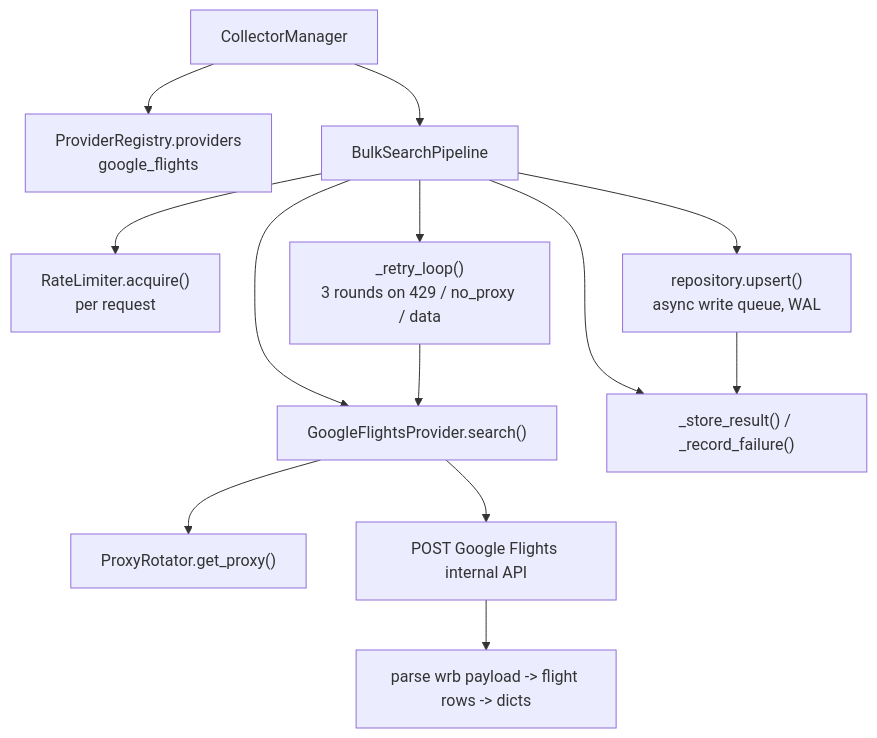
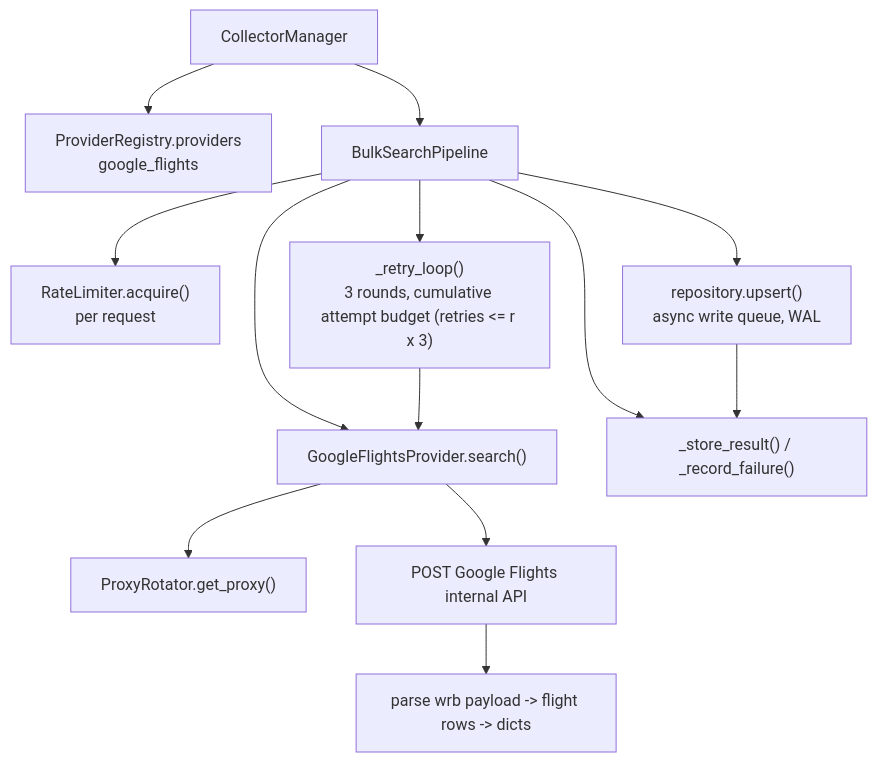
Before and after one commit to notlega/flight-price-observatory: the diagram in docs/architecture.md, drawn with Mermaid. The commit also changed other lines of this file and 4 other files, not shown here.

````diff
--- a/docs/architecture.md
+++ b/docs/architecture.md
@@ -20,21 +20,21 @@
 ```mermaid
 flowchart TD
     CM["CollectorManager"]
     REG["ProviderRegistry.providers<br/>google_flights"]
     PIPE["BulkSearchPipeline"]
 
     CM --> REG
     CM --> PIPE
     PIPE --> G["GoogleFlightsProvider.search()"]
     G --> ROT["ProxyRotator.get_proxy()"]
     G --> POST["POST Google Flights internal API"]
     POST --> PARSE["parse wrb payload -> flight rows -> dicts"]
 
     PIPE --> RL["RateLimiter.acquire()<br/>per request"]
     PIPE --> REPO["repository.upsert()<br/>async write queue, WAL"]
-    PIPE --> RETRY["_retry_loop()<br/>3 rounds on 429 / no_proxy / data"]
+    PIPE --> RETRY["_retry_loop()<br/>3 rounds, cumulative attempt budget (retries <= r x 3)"]
     PIPE --> STORE["_store_result() / _record_failure()"]
 
     REPO --> STORE
     RETRY --> G
 ```
````
